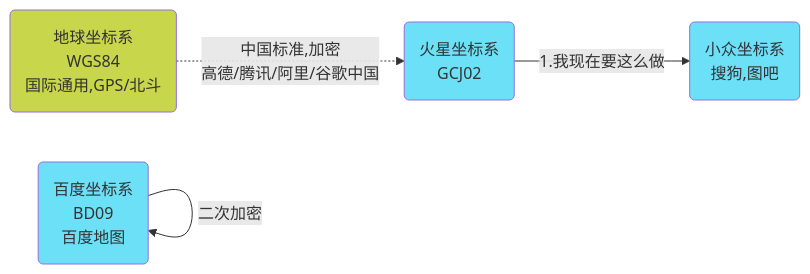
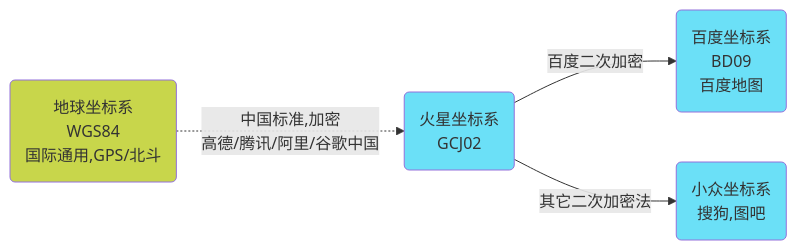
Before and after one commit to wqw547243068/wqw547243068.github.io: the diagram in _posts/2016-10-15-lbs-service.md, drawn with Mermaid.

```diff
--- a/_posts/2016-10-15-lbs-service.md
+++ b/_posts/2016-10-15-lbs-service.md
@@ -164,13 +164,13 @@
 <div class="mermaid">
     flowchart LR
     %% 节点颜色
     classDef red fill:#f02;
     classDef green fill:#5CF77B;
     classDef blue fill:#6BE0F7;
     classDef orange fill:#F7CF6B;
     classDef grass fill:#C8D64B;
     %%节点关系定义
     W(地球坐标系\nWGS84\n国际通用,GPS/北斗):::grass-.->|中国标准,加密\n高德/腾讯/阿里/谷歌中国|G(火星坐标系\nGCJ02):::blue
-    B -->|二次加密| B(百度坐标系\nBD09\n百度地图):::blue
-    G -->|1.我现在要这么做| O(小众坐标系\n搜狗,图吧):::blue
+    G -->|百度二次加密| B(百度坐标系\nBD09\n百度地图):::blue
+    G -->|其它二次加密法| O(小众坐标系\n搜狗,图吧):::blue
 </div>
```
